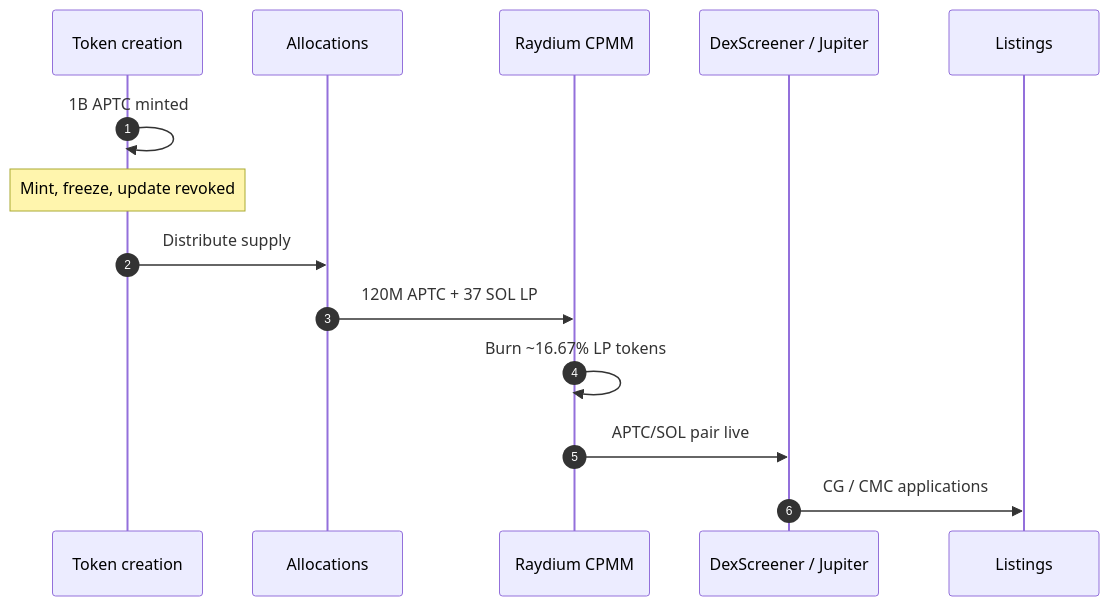
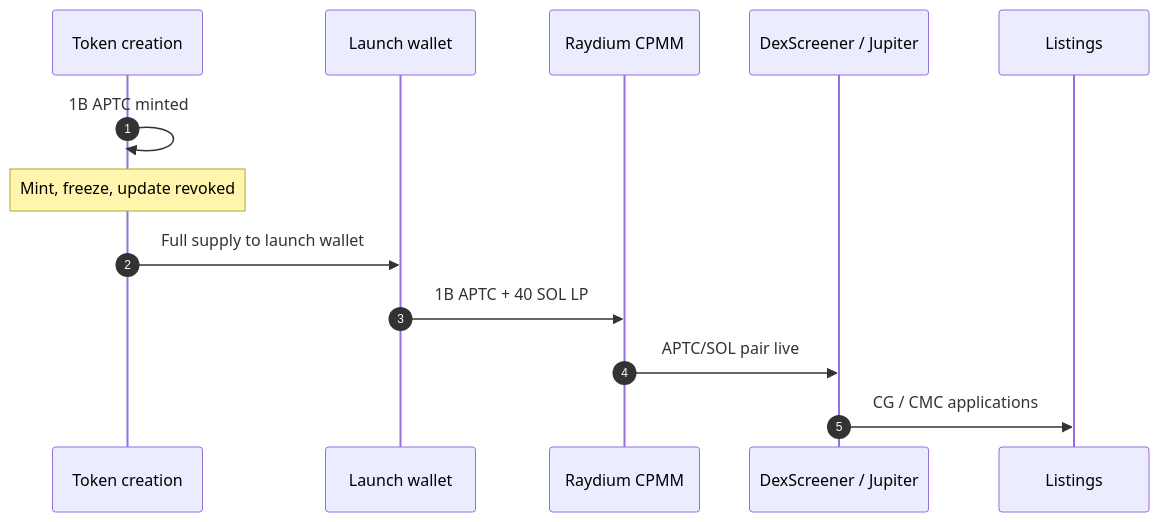
Before and after one commit to AmaanSayyad/apt-casino: the first of 2 diagrams in docs/APTC_TOKENOMICS.md, drawn with Mermaid. The commit also changed other lines of this file and 5 other files, not shown here.

First line of the commit message:
Update website tokenomics for 1B APTC fair launch on Raydium.

````diff
--- a/docs/APTC_TOKENOMICS.md
+++ b/docs/APTC_TOKENOMICS.md
@@ -32,17 +32,16 @@
 ```mermaid
 sequenceDiagram
     autonumber
     participant T as Token creation
-    participant W as Allocations
+    participant W as Launch wallet
     participant R as Raydium CPMM
     participant D as DexScreener / Jupiter
     participant L as Listings
 
     T->>T: 1B APTC minted
     Note over T: Mint, freeze, update revoked
-    T->>W: Distribute supply
-    W->>R: 120M APTC + 37 SOL LP
-    R->>R: Burn ~16.67% LP tokens
+    T->>W: Full supply to launch wallet
+    W->>R: 1B APTC + 40 SOL LP
     R->>D: APTC/SOL pair live
     D->>L: CG / CMC applications
 ```
````
